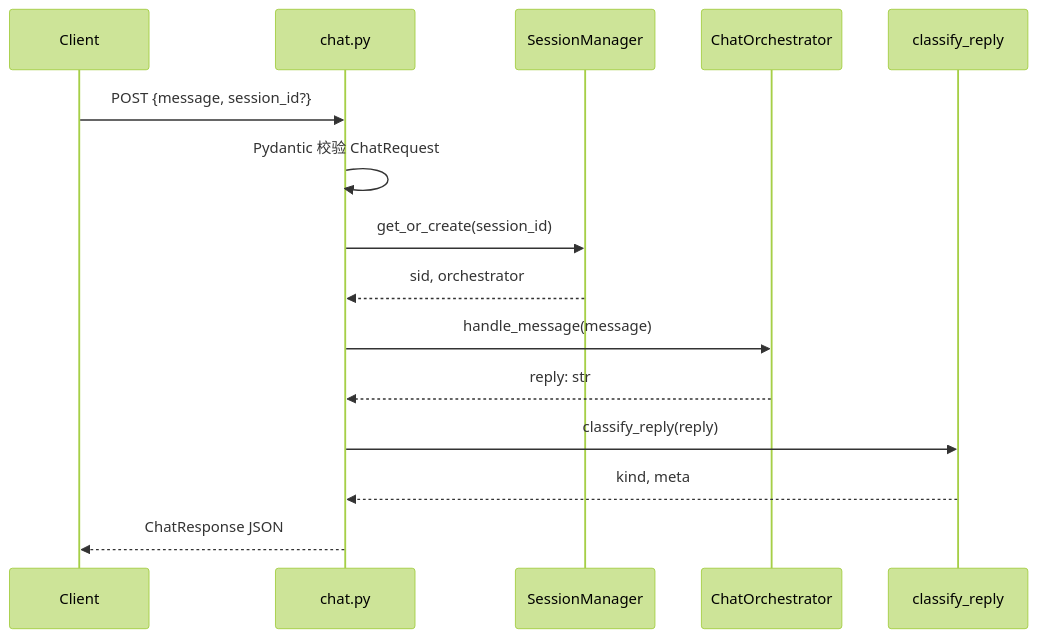
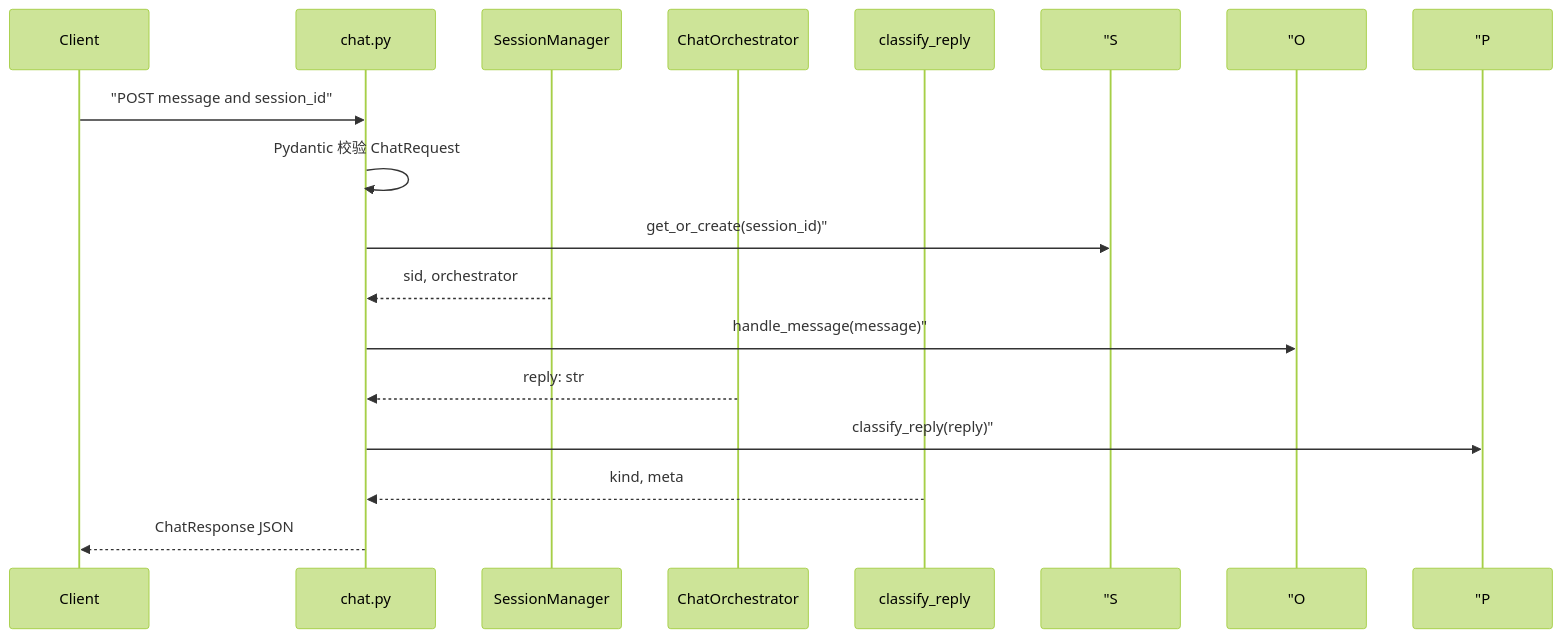
The second of 3 diagrams in course/day23/03_架构设计.md (ab6539763/70_days_course_plus), drawn with Mermaid (forest theme) before and after one commit. The commit also changed other lines of this file and 134 other files, not shown here.

````diff
--- a/course/day23/03_架构设计.md
+++ b/course/day23/03_架构设计.md
@@ -53,18 +53,18 @@
 ```mermaid
 sequenceDiagram
     participant C as Client
     participant R as chat.py
     participant S as SessionManager
     participant O as ChatOrchestrator
     participant P as classify_reply
 
-    C->>R: POST {message, session_id?}
+    C->>R: "POST message and session_id"
     R->>R: Pydantic 校验 ChatRequest
-    R->>S: get_or_create(session_id)
+    R->> "S: get_or_create(session_id)"
     S-->>R: sid, orchestrator
-    R->>O: handle_message(message)
+    R->> "O: handle_message(message)"
     O-->>R: reply: str
-    R->>P: classify_reply(reply)
+    R->> "P: classify_reply(reply)"
     P-->>R: kind, meta
     R-->>C: ChatResponse JSON
 ```
````
